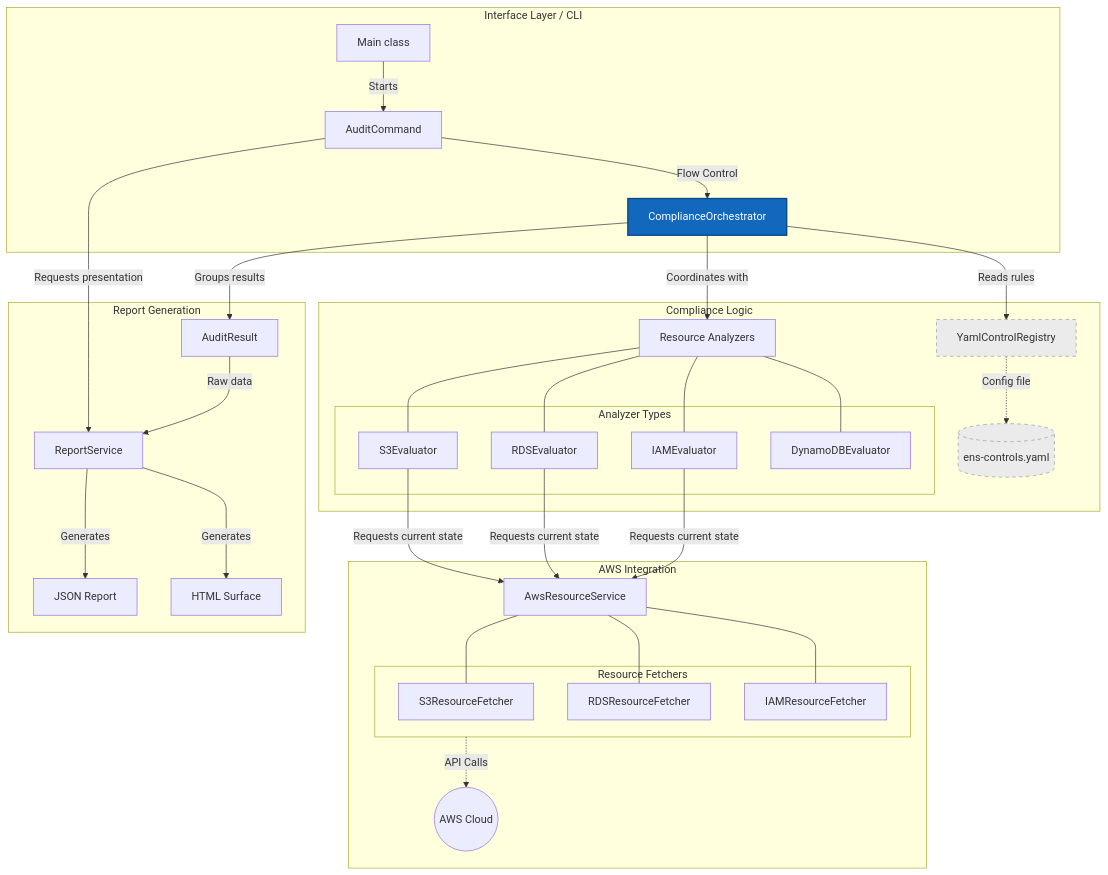
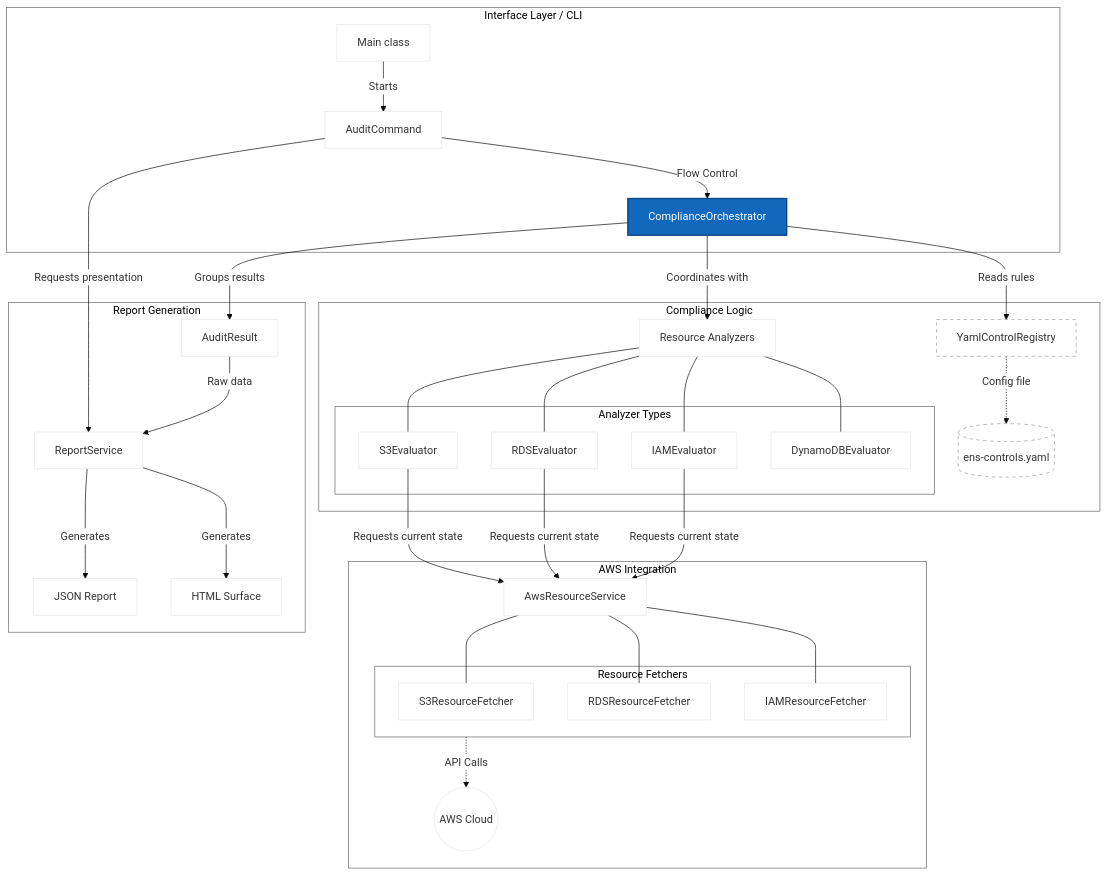
The diagram in README.md (juanmorschrott/ens-auditor), drawn with Mermaid before and after one commit.

Commit message:
Change diagram theme

````diff
--- a/README.md
+++ b/README.md
@@ -146,66 +146,67 @@
 ```mermaid
+%%{init: {'theme': 'base', 'themeVariables': { 'primaryColor': '#ffffff', 'clusterBkg': 'none', 'clusterBorder': '#666666' }}}%%
 graph TD
     %% CLI Layer
     subgraph CLI[Interface Layer / CLI]
         Main[Main class] -->|Starts| AuditCmd[AuditCommand]
         AuditCmd -->|Flow Control| Orchestrator[ComplianceOrchestrator]
     end
 
     %% Compliance Logic Layer
     subgraph Core[Compliance Logic]
         Orchestrator -->|Reads rules| Registry[YamlControlRegistry]
         Registry -.->|Config file| YAML[(ens-controls.yaml)]
         
         Orchestrator -->|Coordinates with| Evaluators[Resource Analyzers]
         
         subgraph EvalTypes[Analyzer Types]
             S3Eval[S3Evaluator]
             RDSEval[RDSEvaluator]
             IAMEval[IAMEvaluator]
             DBEval[DynamoDBEvaluator]
         end
         
         Evaluators --- S3Eval
         Evaluators --- RDSEval
         Evaluators --- IAMEval
         Evaluators --- DBEval
     end
 
     %% AWS Integration Layer
     subgraph Infrastructure[AWS Integration]
         S3Eval -->|Requests current state| AWS_Service[AwsResourceService]
         RDSEval -->|Requests current state| AWS_Service
         IAMEval -->|Requests current state| AWS_Service
         
         subgraph Fetchers[Resource Fetchers]
             S3Fetch[S3ResourceFetcher]
             RDSFetch[RDSResourceFetcher]
             IAMFetch[IAMResourceFetcher]
         end
         
         AWS_Service --- S3Fetch
         AWS_Service --- RDSFetch
         AWS_Service --- IAMFetch
         
         Fetchers -.->|API Calls| AWS_Cloud((AWS Cloud))
     end
 
     %% Output Layer
     subgraph Output[Report Generation]
         Orchestrator -->|Groups results| AuditResult[AuditResult]
         AuditCmd -->|Requests presentation| ReportService[ReportService]
         AuditResult -->|Raw data| ReportService
         ReportService -->|Generates| JSON[JSON Report]
         ReportService -->|Generates| HTML[HTML Surface]
     end
 
     %% Styles
     classDef primary fill:#1168bd,stroke:#0b4884,stroke-width:2px,color:#ffffff;
     classDef secondary fill:#85bbf0,stroke:#5d82a8,stroke-width:1px,color:#000000;
-    classDef config fill:#ebebeb,stroke:#999999,stroke-dasharray: 5 5,color:#333333;
+    classDef config fill:#ffffff,stroke:#999999,stroke-dasharray: 5 5,color:#333333;
     
     class Orchestrator primary;
     class Registry config;
     class YAML config;
 
 ```
````
